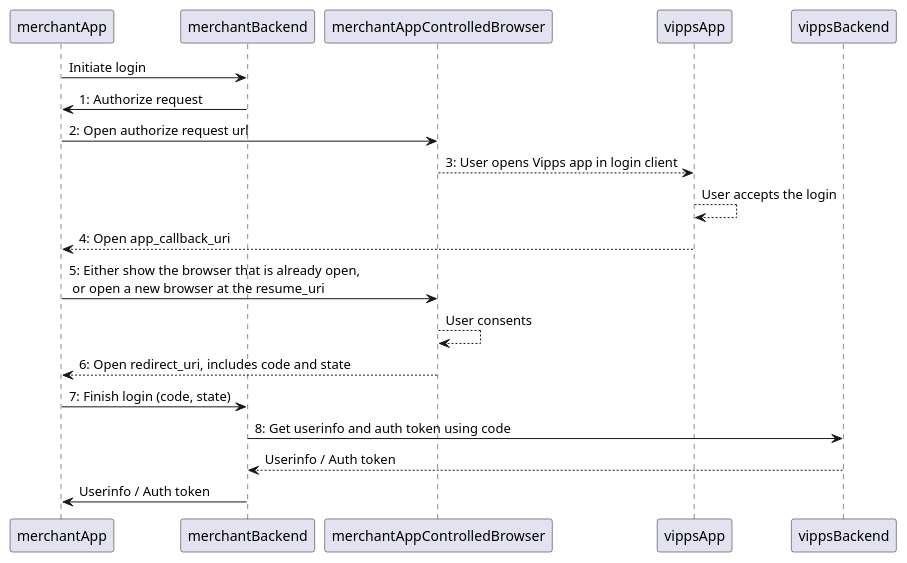
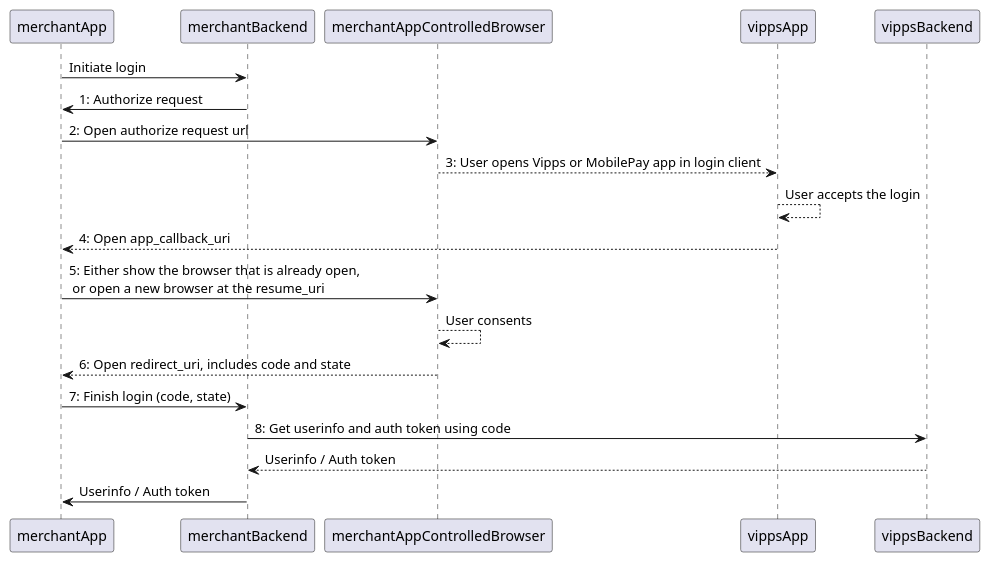
One commit to vippsas/vipps-login-api changed the diagram in images/app2appsuggestion.puml. Above: the diagram before and after it, drawn with PlantUML. The commit also changed 16 other files, not shown here.

First line of the commit message:
Change from "Vipps app" to "Vipps or MobilePay app" (#267)

```diff
--- a/images/app2appsuggestion.puml
+++ b/images/app2appsuggestion.puml
@@ -1,18 +1,18 @@
 @startuml component
 
 merchantApp -> merchantBackend : Initiate login
 merchantBackend -> merchantApp: 1: Authorize request
 merchantApp -> merchantAppControlledBrowser : 2: Open authorize request url
-merchantAppControlledBrowser --> vippsApp : 3: User opens Vipps app in login client
+merchantAppControlledBrowser --> vippsApp : 3: User opens Vipps or MobilePay app in login client
 vippsApp --> vippsApp: User accepts the login
 vippsApp --> merchantApp : 4: Open app_callback_uri
 merchantApp -> merchantAppControlledBrowser : 5: Either show the browser that is already open,\n\
  or open a new browser at the resume_uri
 merchantAppControlledBrowser --> merchantAppControlledBrowser: User consents
 merchantAppControlledBrowser --> merchantApp : 6: Open redirect_uri, includes code and state
 merchantApp -> merchantBackend : 7: Finish login (code, state)
 merchantBackend -> vippsBackend : 8: Get userinfo and auth token using code
 vippsBackend --> merchantBackend : Userinfo / Auth token
 merchantBackend -> merchantApp : Userinfo / Auth token
 
 @enduml
```
